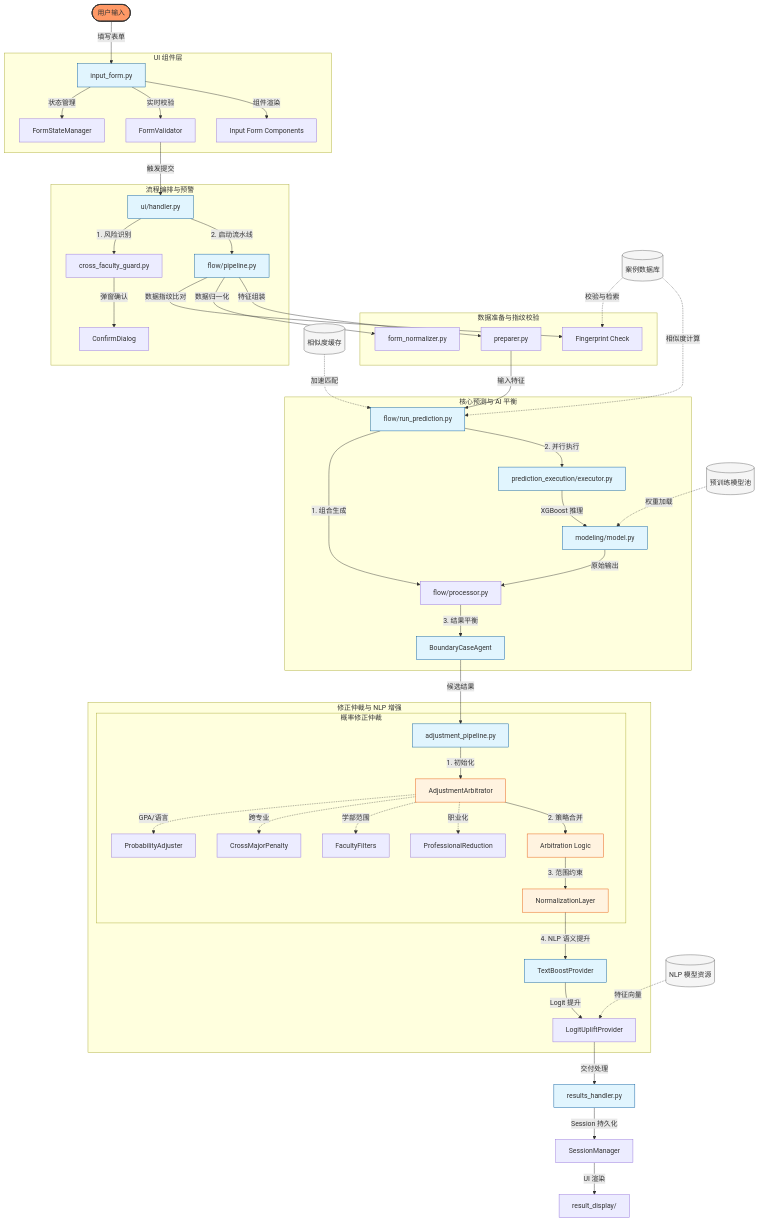
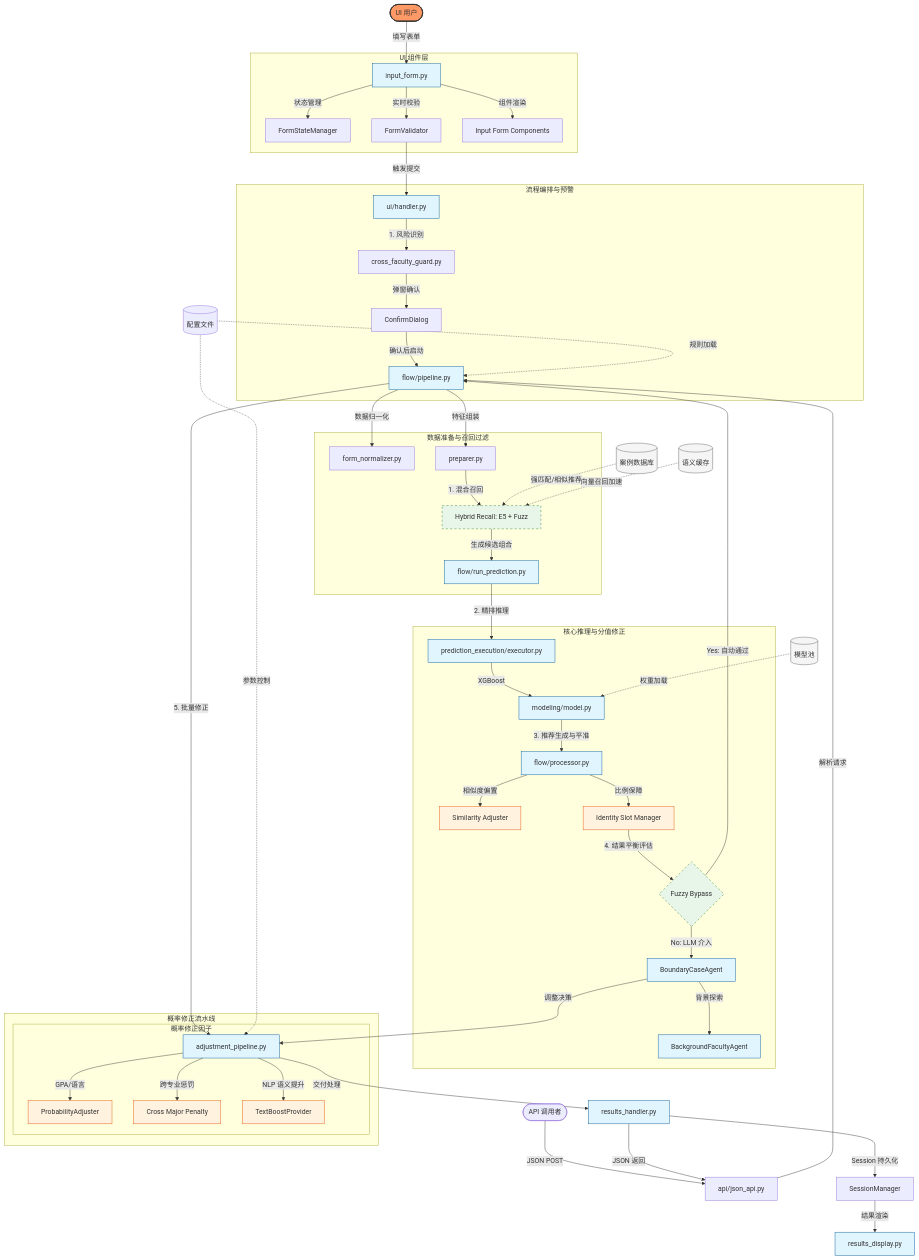
Before and after one commit to Borislee46/oylx_pred: the diagram in src/pages/prediction/structure.mmd, drawn with Mermaid. The commit also changed 24 other files, not shown here.

```diff
--- a/src/pages/prediction/structure.mmd
+++ b/src/pages/prediction/structure.mmd
@@ -1,71 +1,74 @@
 graph TD
-    %% 用户入口
-    User([用户输入]) -->|填写表单| UI[input_form.py]
-    
+    User([UI 用户]) -->|填写表单| UI[input_form.py]
+    API_User([API 调用者]) -->|JSON POST| API[api/json_api.py]
+
     subgraph UI_Components [UI 组件层]
         UI -->|状态管理| State[FormStateManager]
         UI -->|实时校验| Validator[FormValidator]
         UI -->|组件渲染| Comps[Input Form Components]
     end
     
     Validator -->|触发提交| Handler[ui/handler.py]
+    API -->|解析请求| Pipeline[flow/pipeline.py]
     
     subgraph Flow_Control [流程编排与预警]
         Handler -->|1. 风险识别| Guard[cross_faculty_guard.py]
         Guard -->|弹窗确认| Dialog[ConfirmDialog]
-        Handler -->|2. 启动流水线| Pipeline[flow/pipeline.py]
+        Dialog -->|确认后启动| Pipeline
     end
     
-    subgraph Preparation [数据准备与指纹校验]
-        Pipeline -->|数据指纹比对| Fingerprint[Fingerprint Check]
+    subgraph Preparation [数据准备与召回过滤]
         Pipeline -->|数据归一化| Norm[form_normalizer.py]
         Pipeline -->|特征组装| Prep[preparer.py]
+        Prep -->|1. 混合召回| Recall[Hybrid Recall: E5 + Fuzz]
+        Recall -->|生成候选组合| Runner[flow/run_prediction.py]
     end
     
-    subgraph Execution [核心预测与 AI 平衡]
-        Prep -->|输入特征| Runner[flow/run_prediction.py]
-        Runner -->|1. 组合生成| Processor[flow/processor.py]
-        Runner -->|2. 并行执行| Executor[prediction_execution/executor.py]
-        Executor -->|XGBoost 推理| Model[modeling/model.py]
-        Model -->|原始输出| Processor
-        Processor -->|3. 结果平衡| Agent[BoundaryCaseAgent]
+    subgraph Execution [核心推理与分值修正]
+        Runner -->|2. 精排推理| Executor[prediction_execution/executor.py]
+        Executor -->|XGBoost| Model[modeling/model.py]
+        
+        Model -->|3. 推荐生成与平准| Proc[flow/processor.py]
+        Proc -->|相似度偏置| SimAdj[Similarity Adjuster]
+        Proc -->|比例保障| IdentitySlot[Identity Slot Manager]
+        
+        IdentitySlot -->|4. 结果平衡评估| FuzzyBypass{Fuzzy Bypass}
+        FuzzyBypass -->|No: LLM 介入| Agent[BoundaryCaseAgent]
+        Agent -->|背景探索| BG_Agent[BackgroundFacultyAgent]
+        FuzzyBypass -->|Yes: 自动通过| Pipeline
     end
-    
-    subgraph Modification [修正仲裁与 NLP 增强]
-        Agent -->|候选结果| ModPipe[adjustment_pipeline.py]
+
+    subgraph Modification [概率修正流水线]
+        Pipeline -->|5. 批量修正| ModPipe[adjustment_pipeline.py]
         
-        subgraph Arbitration [概率修正仲裁]
-            ModPipe -->|1. 初始化| Arb[AdjustmentArbitrator]
-            Arb -.->|GPA/语言| Adj[ProbabilityAdjuster]
-            Arb -.->|跨专业| Cross[CrossMajorPenalty]
-            Arb -.->|学部范围| Faculty[FacultyFilters]
-            Arb -.->|职业化| Prof[ProfessionalReduction]
-            Arb -->|2. 策略合并| ArbLogic[Arbitration Logic]
-            ArbLogic -->|3. 范围约束| NormLayer[NormalizationLayer]
+        Agent -->|调整决策| ModPipe
+        
+        subgraph Arbitration [概率修正因子]
+            ModPipe -->|GPA/语言| Adj[ProbabilityAdjuster]
+            ModPipe -->|跨专业惩罚| Cross[Cross Major Penalty]
+            ModPipe -->|NLP 语义提升| TextBoost[TextBoostProvider]
         end
+    end
 
-        NormLayer -->|4. NLP 语义提升| TextBoost[TextBoostProvider]
-        TextBoost -->|Logit 提升| LogitUplift[LogitUpliftProvider]
-    end
-    
-    LogitUplift -->|交付处理| ResHandler[results_handler.py]
+    ModPipe -->|交付处理| ResHandler[results_handler.py]
     ResHandler -->|Session 持久化| Session[SessionManager]
-    Session -->|UI 渲染| ResultUI[result_display/]
+    Session -->|结果渲染| ResultUI[results_display.py]
+    ResHandler -->|JSON 返回| API
 
-    %% 数据底座
-    Cases[(案例数据库)] -.->|校验与检索| Fingerprint
-    Cases -.->|相似度计算| Runner
-    Cache[(相似度缓存)] -.->|加速匹配| Runner
-    Models[(预训练模型池)] -.->|权重加载| Model
-    NLP_Res[(NLP 模型资源)] -.->|特征向量| LogitUplift
+    Cases[(案例数据库)] -.->|强匹配/相似推荐| Recall
+    Cache[(语义缓存)] -.->|向量召回加速| Recall
+    Models[(模型池)] -.->|权重加载| Model
+    Configs[(配置文件)] -.->|规则加载| Pipeline
+    Configs -.->|参数控制| ModPipe
 
-    %% 样式定义
     classDef highlight fill:#f96,stroke:#333,stroke-width:2px;
     classDef component fill:#e1f5fe,stroke:#01579b;
     classDef logic fill:#fff3e0,stroke:#e65100;
     classDef storage fill:#f5f5f5,stroke:#616161;
+    classDef fuzzy fill:#e8f5e9,stroke:#2e7d32,stroke-dasharray: 5 5;
 
     class User highlight;
-    class UI,Handler,Pipeline,Runner,Executor,Model,Agent,ModPipe,TextBoost,ResHandler component;
-    class Arb,ArbLogic,NormLayer logic;
-    class Cases,Cache,Models,NLP_Res storage;
+    class UI,Handler,Pipeline,Runner,Executor,Model,Agent,ModPipe,ResHandler,ResultUI,Proc,BG_Agent component;
+    class SimAdj,Adj,Cross,TextBoost,IdentitySlot logic;
+    class Cases,Cache,Models storage;
+    class FuzzyBypass,Recall fuzzy;
```
